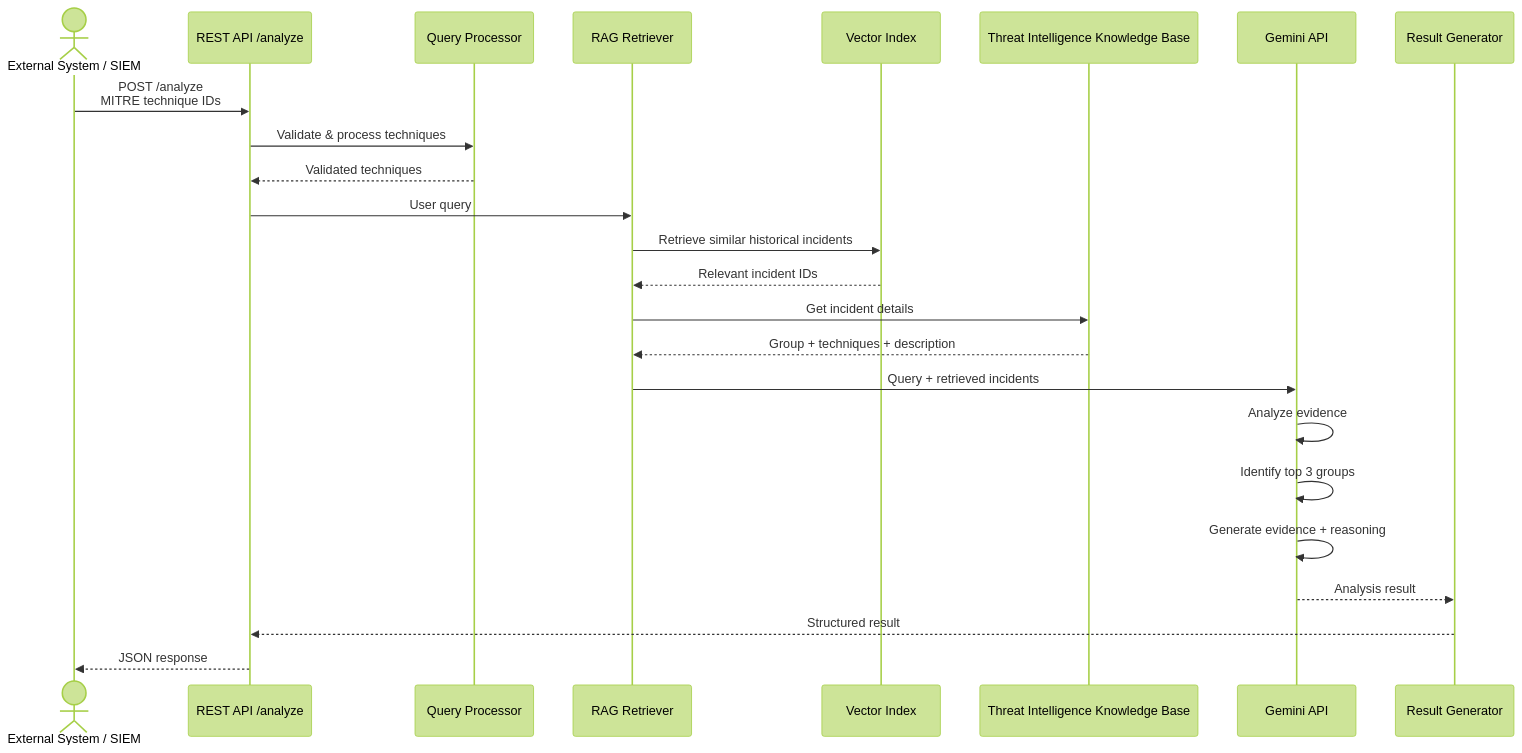
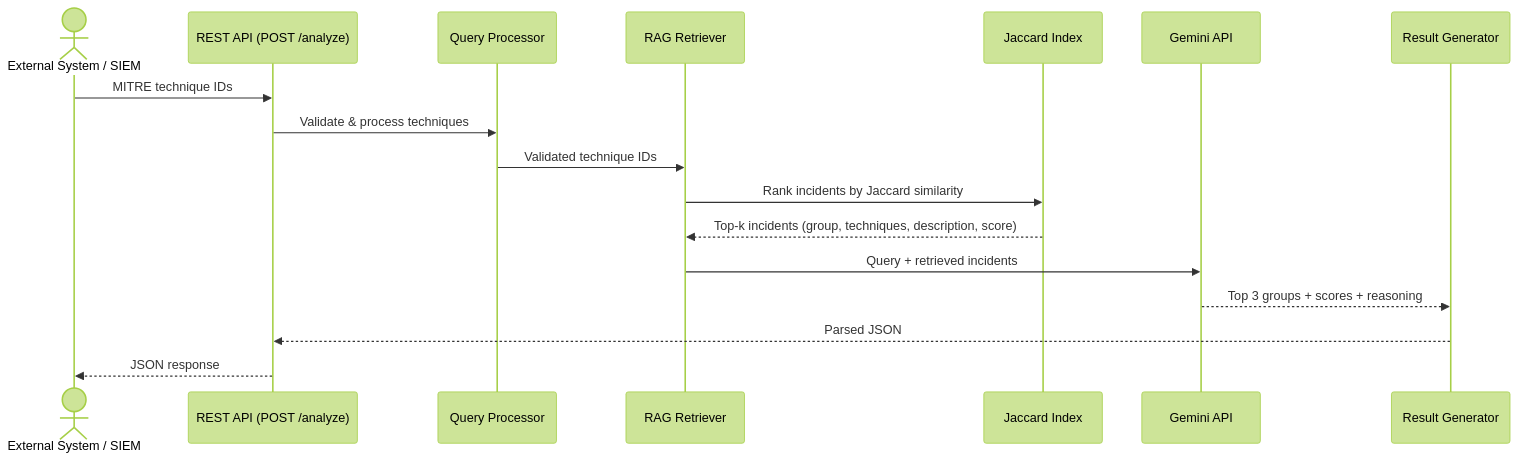
The third of 3 diagrams in README.md (MadAcolyte/mitre-attack-threat-group-similarity), drawn with Mermaid (forest theme) before and after one commit. The commit also changed other lines of this file, not shown here.

First line of the commit message:
Revise README for component updates and flow changes

````diff
--- a/README.md
+++ b/README.md
@@ -164,31 +136,21 @@
 ```mermaid
 sequenceDiagram
     actor Client as External System / SIEM
-    participant API as REST API /analyze
+    participant API as REST API (POST /analyze)
     participant Query as Query Processor
     participant RAG as RAG Retriever
-    participant Index as Vector Index
-    participant DB as Threat Intelligence Knowledge Base
+    participant Index as Jaccard Index
     participant Gemini as Gemini API
     participant Result as Result Generator
 
-    Client->>API: POST /analyze<br/>MITRE technique IDs
+    Client->>API: MITRE technique IDs
     API->>Query: Validate & process techniques
-    Query-->>API: Validated techniques
+    Query->>RAG: Validated technique IDs
+    RAG->>Index: Rank incidents by Jaccard similarity
+    Index-->>RAG: Top-k incidents (group, techniques, description, score)
+    RAG->>Gemini: Query + retrieved incidents
+    Gemini-->>Result: Top 3 groups + scores + reasoning
+    Result-->>API: Parsed JSON
+    API-->>Client: JSON response
 
-    API->>RAG: User query
-    RAG->>Index: Retrieve similar historical incidents
-    Index-->>RAG: Relevant incident IDs
-
-    RAG->>DB: Get incident details
-    DB-->>RAG: Group + techniques + description
-
-    RAG->>Gemini: Query + retrieved incidents
-    Gemini->>Gemini: Analyze evidence
-    Gemini->>Gemini: Identify top 3 groups
-    Gemini->>Gemini: Generate evidence + reasoning
-    Gemini-->>Result: Analysis result
-
-    Result-->>API: Structured result
-    API-->>Client: JSON response
 ```
````
